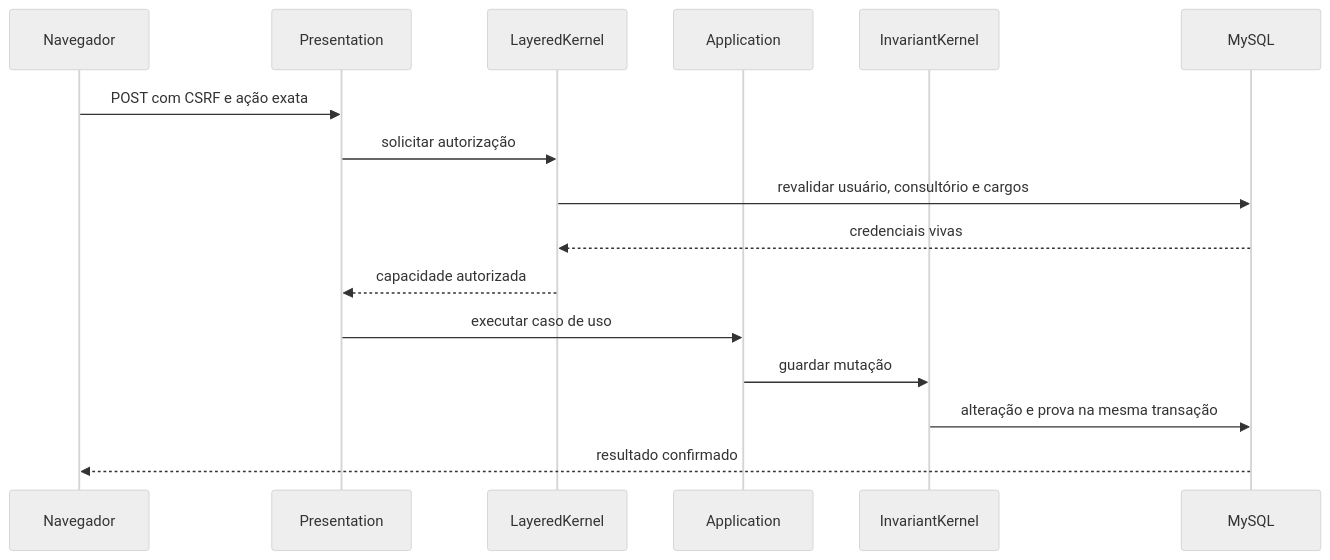
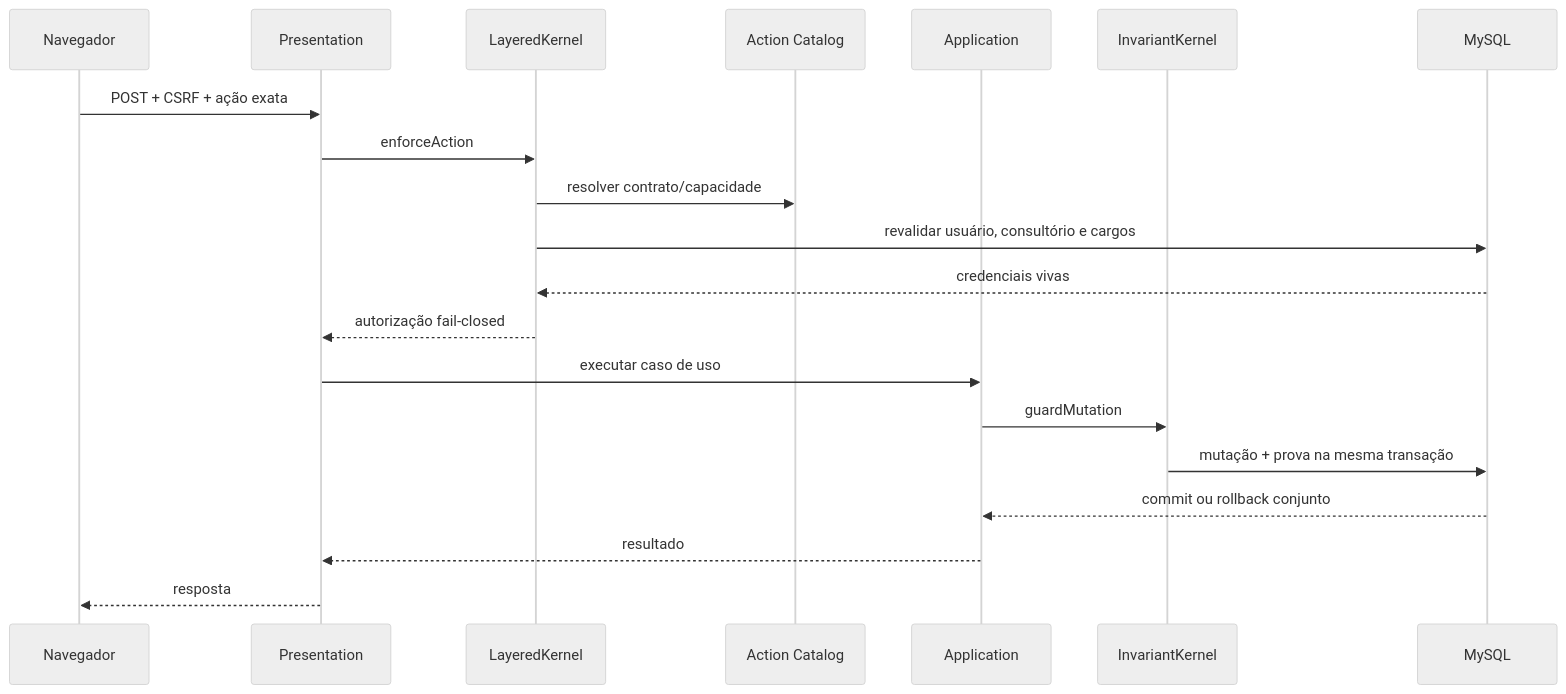
Before and after one commit to drwesleyadv/prontoo.app: the first of 2 diagrams in docs/architecture/data-flow.md, drawn with Mermaid (neutral theme). The commit also changed other lines of this file, not shown here.

````diff
--- a/docs/architecture/data-flow.md
+++ b/docs/architecture/data-flow.md
@@ -5,19 +5,23 @@
 ```mermaid
 sequenceDiagram
     participant B as Navegador
     participant P as Presentation
     participant K as LayeredKernel
+    participant AC as Action Catalog
     participant A as Application
     participant I as InvariantKernel
     participant DB as MySQL
 
-    B->>P: POST com CSRF e ação exata
-    P->>K: solicitar autorização
+    B->>P: POST + CSRF + ação exata
+    P->>K: enforceAction
+    K->>AC: resolver contrato/capacidade
     K->>DB: revalidar usuário, consultório e cargos
     DB-->>K: credenciais vivas
-    K-->>P: capacidade autorizada
+    K-->>P: autorização fail-closed
     P->>A: executar caso de uso
-    A->>I: guardar mutação
-    I->>DB: alteração e prova na mesma transação
-    DB-->>B: resultado confirmado
+    A->>I: guardMutation
+    I->>DB: mutação + prova na mesma transação
+    DB-->>A: commit ou rollback conjunto
+    A-->>P: resultado
+    P-->>B: resposta
 ```
````
